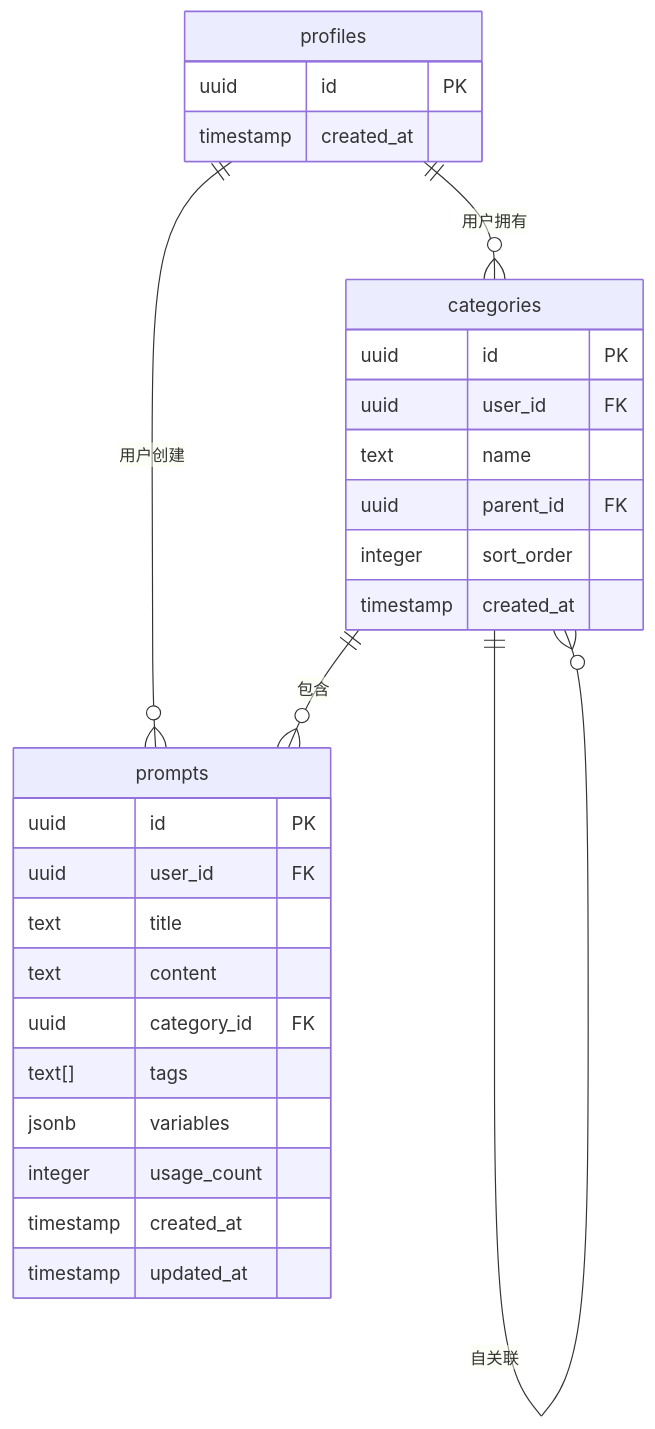
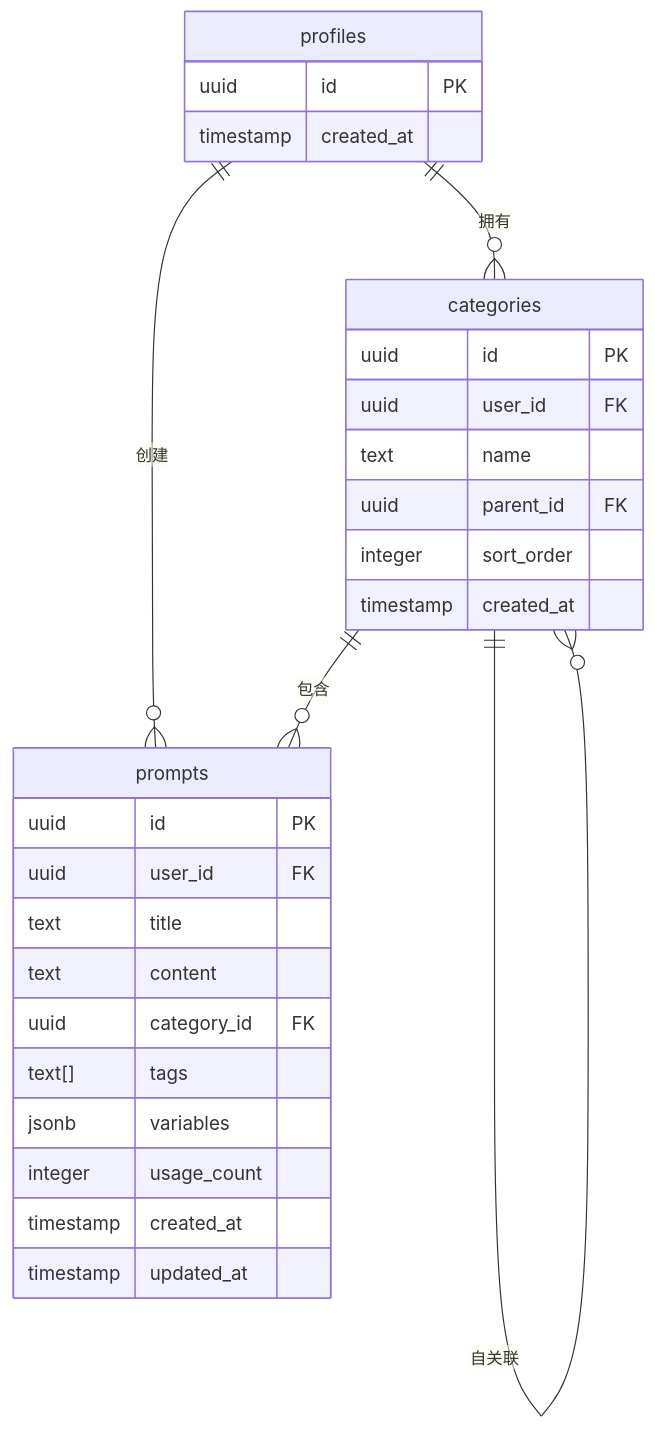
The fifth of 8 diagrams in note/arch.mmd (longlong007/PromptsManager), drawn with Mermaid before and after one commit. The commit also changed other lines of this file and 4 other files, not shown here.

Commit message:
doc：修改架构图，模块依赖图，目录树

````diff
--- a/note/arch.mmd
+++ b/note/arch.mmd
@@ -81,34 +170,34 @@
 ```mermaid
 erDiagram
     profiles {
         uuid id PK
         timestamp created_at
     }
 
     categories {
         uuid id PK
         uuid user_id FK
         text name
         uuid parent_id FK
         integer sort_order
         timestamp created_at
     }
 
     prompts {
         uuid id PK
         uuid user_id FK
         text title
         text content
         uuid category_id FK
         text[] tags
         jsonb variables
         integer usage_count
         timestamp created_at
         timestamp updated_at
     }
 
-    profiles ||--o{ categories : "用户拥有"
-    profiles ||--o{ prompts : "用户创建"
-    categories ||--o{ categories : "自关联"
-    categories ||--o{ prompts : "包含"
+    profiles ||--o{ categories : 拥有
+    profiles ||--o{ prompts : 创建
+    categories ||--o{ categories : 自关联
+    categories ||--o{ prompts : 包含
 ```
````
